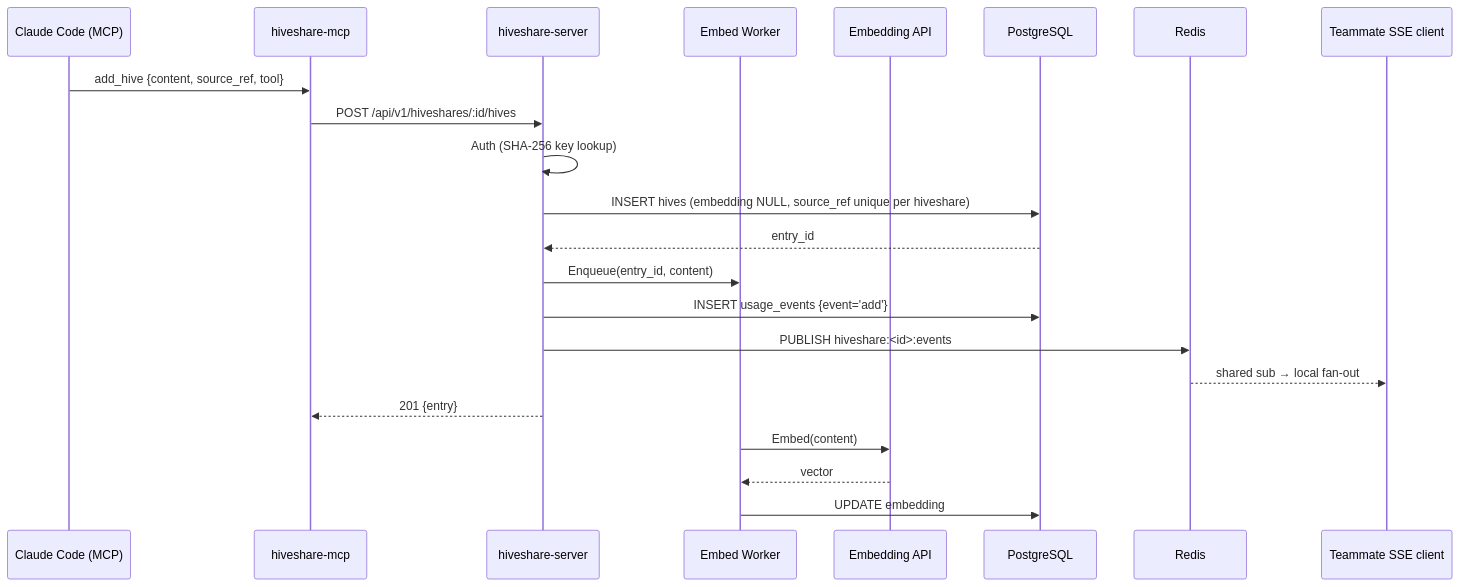
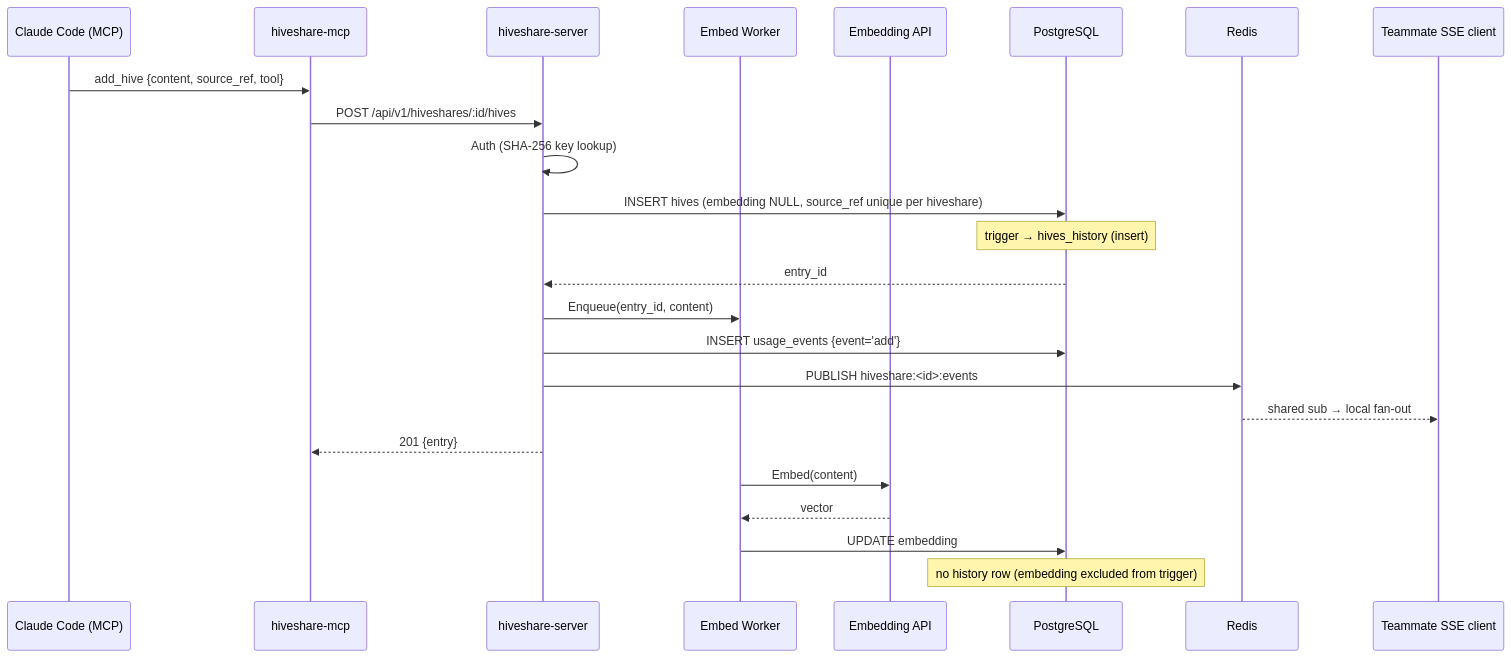
The fourth of 8 diagrams in docs/ARCHITECTURE.md (KB-perByte/hiveshare), drawn with Mermaid before and after one commit. The commit also changed other lines of this file and 11 other files, not shown here.

````diff
--- a/docs/ARCHITECTURE.md
+++ b/docs/ARCHITECTURE.md
@@ -164,25 +189,27 @@
 ```mermaid
 sequenceDiagram
     participant Claude as Claude Code (MCP)
     participant MCP as hiveshare-mcp
     participant API as hiveshare-server
     participant Worker as Embed Worker
     participant Embed as Embedding API
     participant PG as PostgreSQL
     participant Redis as Redis
     participant Tm as Teammate SSE client
 
     Claude->>MCP: add_hive {content, source_ref, tool}
     MCP->>API: POST /api/v1/hiveshares/:id/hives
     API->>API: Auth (SHA-256 key lookup)
     API->>PG: INSERT hives (embedding NULL, source_ref unique per hiveshare)
+    Note over PG: trigger → hives_history (insert)
     PG-->>API: entry_id
     API->>Worker: Enqueue(entry_id, content)
     API->>PG: INSERT usage_events {event='add'}
     API->>Redis: PUBLISH hiveshare:<id>:events
     Redis-->>Tm: shared sub → local fan-out
     API-->>MCP: 201 {entry}
     Worker->>Embed: Embed(content)
     Embed-->>Worker: vector
     Worker->>PG: UPDATE embedding
+    Note over PG: no history row (embedding excluded from trigger)
 ```
````
